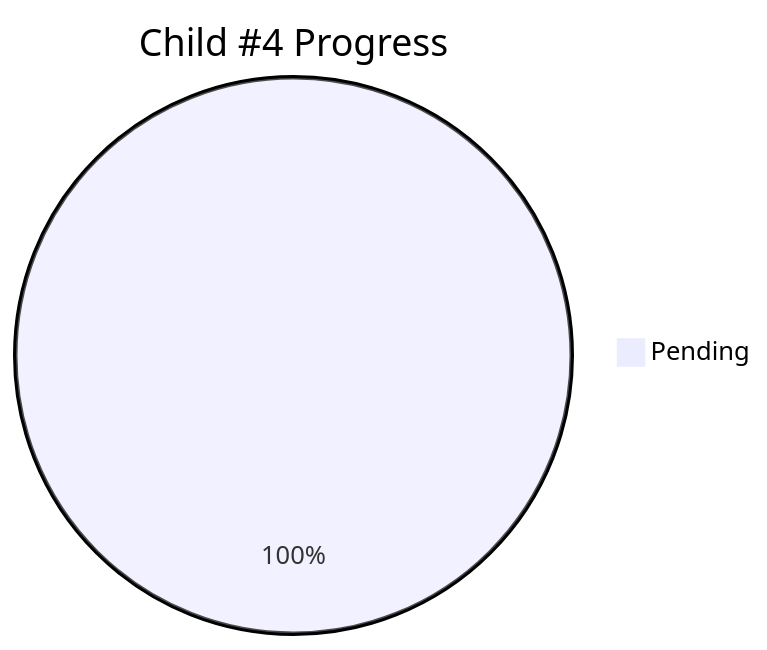
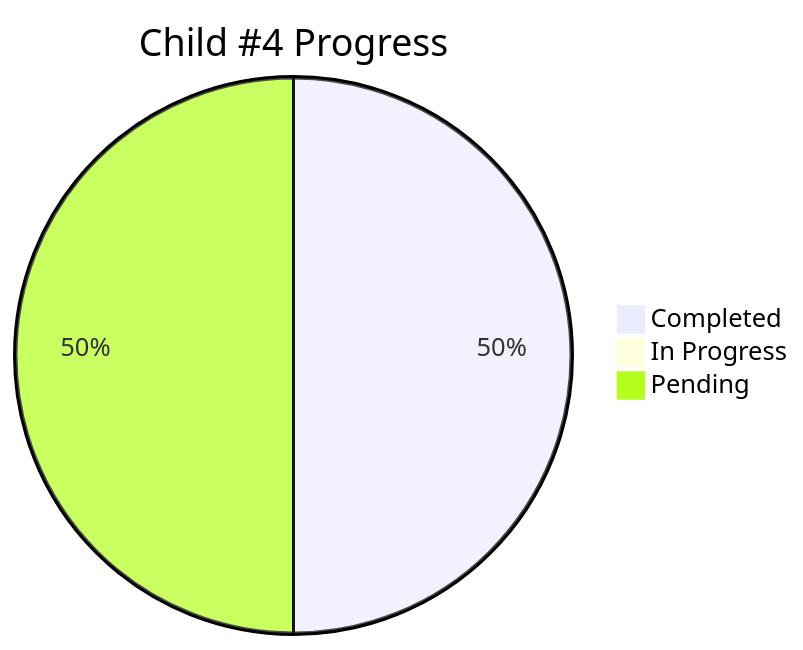
Before and after one commit to info-tech-io/info-tech-io.github.io: the diagram in docs/proposals/epic-2-github-pages-federation/child-4-docs-federation/progress.md, drawn with Mermaid. The commit also changed other lines of this file and 2 other files, not shown here.

First line of the commit message:
docs(child-4): update progress for Stages 1 & 2 completion

````diff
--- a/docs/proposals/epic-2-github-pages-federation/child-4-docs-federation/progress.md
+++ b/docs/proposals/epic-2-github-pages-federation/child-4-docs-federation/progress.md
@@ -11,4 +11,6 @@
 ```mermaid
 pie title Child #4 Progress
-    "Pending" : 100
+    "Completed" : 50
+    "In Progress" : 0
+    "Pending" : 50
 ```
````
